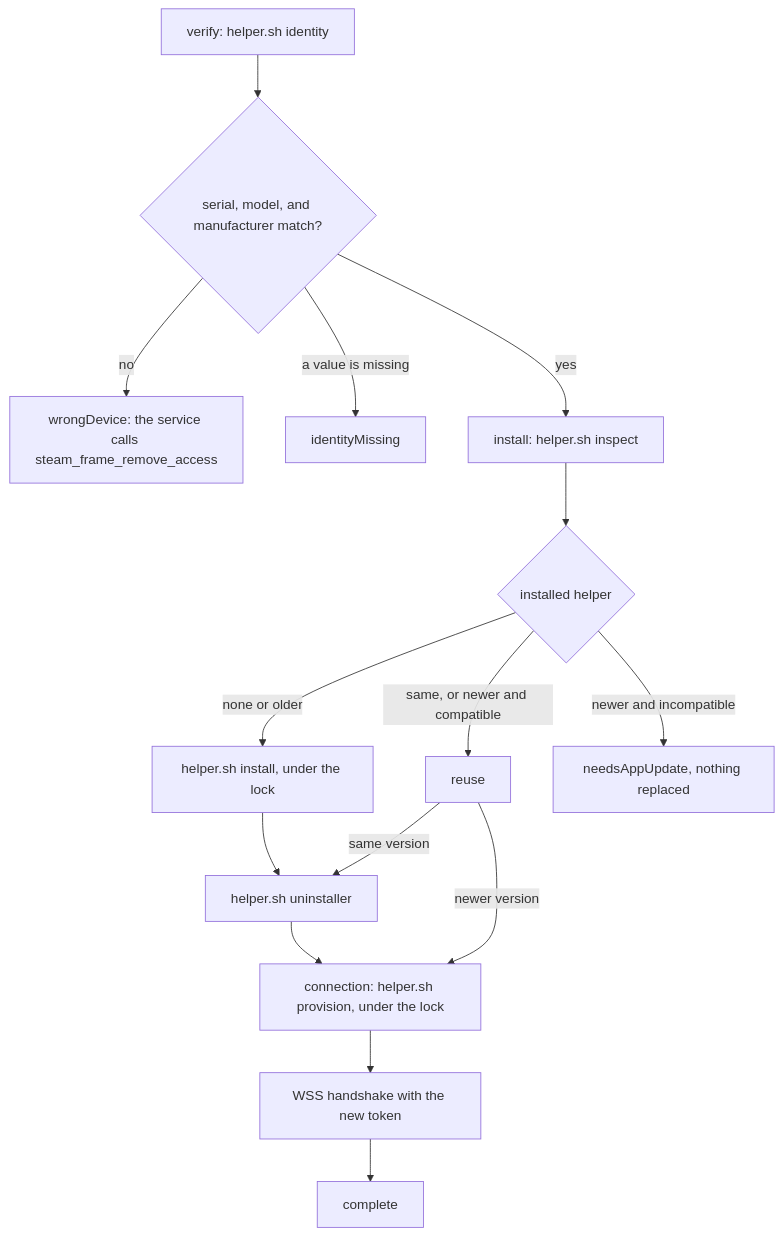
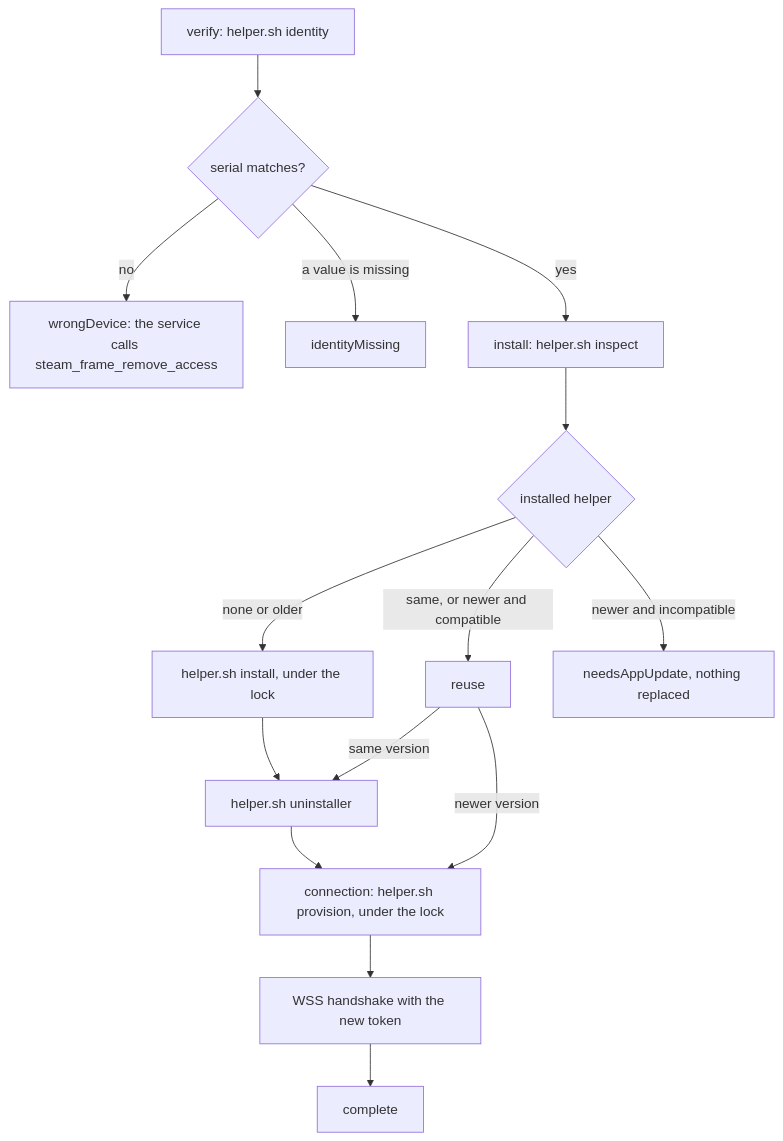
Before and after one commit to Raphiiko/OyasumiVR: the third of 6 diagrams in docs/agents/steam-frame-pairing.md, drawn with Mermaid. The commit also changed other lines of this file and 22 other files, not shown here.

````diff
--- a/docs/agents/steam-frame-pairing.md
+++ b/docs/agents/steam-frame-pairing.md
@@ -107,17 +109,17 @@
 ```mermaid
 flowchart TD
-  A["verify: helper.sh identity"] --> B{"serial, model, and manufacturer match?"}
+  A["verify: helper.sh identity"] --> B{"serial matches?"}
   B -- "no" --> W["wrongDevice: the service calls steam_frame_remove_access"]
   B -- "a value is missing" --> M["identityMissing"]
   B -- "yes" --> C["install: helper.sh inspect"]
   C --> D{"installed helper"}
   D -- "none or older" --> E["helper.sh install, under the lock"]
   D -- "same, or newer and compatible" --> F["reuse"]
   D -- "newer and incompatible" --> N["needsAppUpdate, nothing replaced"]
   E --> G["helper.sh uninstaller"]
   F -- "same version" --> G
   F -- "newer version" --> H
   G --> H["connection: helper.sh provision, under the lock"]
   H --> I["WSS handshake with the new token"]
   I --> J["complete"]
 ```
````
